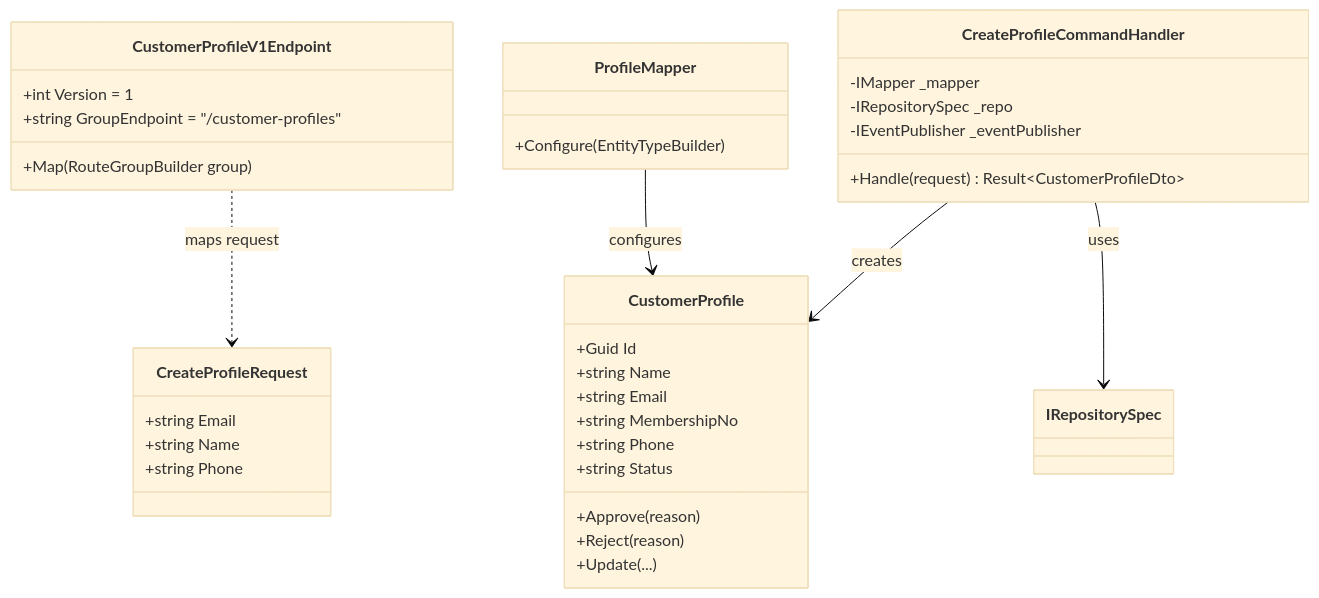
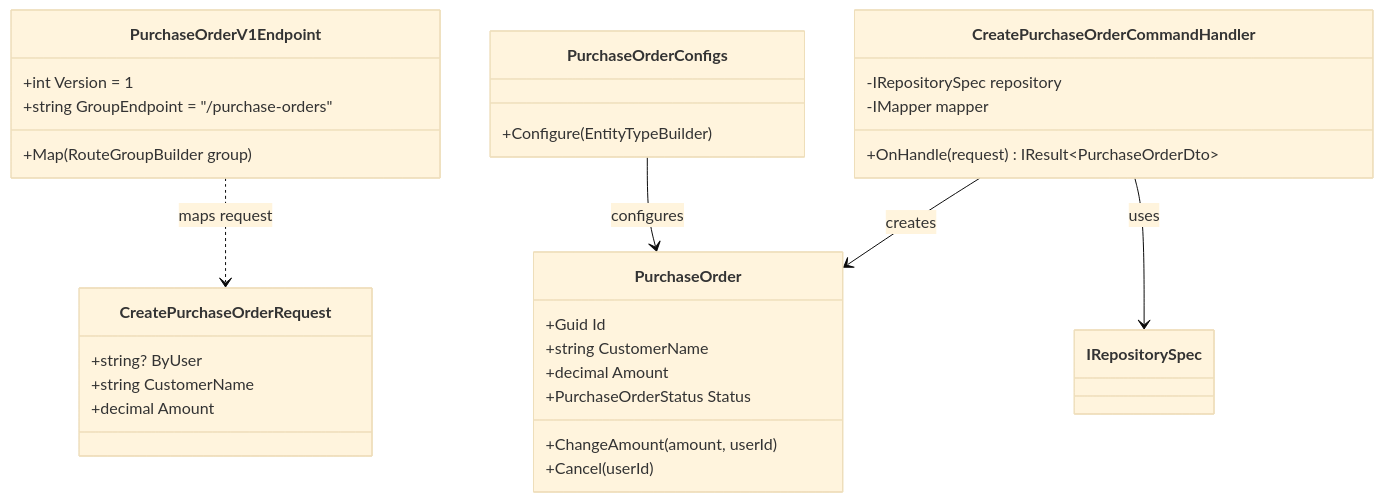
The second of 4 diagrams in .claude/skills/dknet-feature-documentation/SKILL.md (baoduy/DKNet.Templates), drawn with Mermaid (base theme) before and after one commit. The commit also changed other lines of this file and 66 other files, not shown here.

First line of the commit message:
docs(D711-3): rewrite docs and AI guidance through PurchaseOrder/Product samples

````diff
--- a/.claude/skills/dknet-feature-documentation/SKILL.md
+++ b/.claude/skills/dknet-feature-documentation/SKILL.md
@@ -246,42 +255,38 @@
 ```mermaid
 classDiagram
-    class CustomerProfileV1Endpoint {
+    class PurchaseOrderV1Endpoint {
         +int Version = 1
-        +string GroupEndpoint = "/customer-profiles"
+        +string GroupEndpoint = "/purchase-orders"
         +Map(RouteGroupBuilder group)
     }
 
-    class CreateProfileRequest {
-        +string Email
-        +string Name
-        +string Phone
+    class CreatePurchaseOrderRequest {
+        +string? ByUser
+        +string CustomerName
+        +decimal Amount
     }
 
-    class CreateProfileCommandHandler {
-        -IMapper _mapper
-        -IRepositorySpec _repo
-        -IEventPublisher _eventPublisher
-        +Handle(request) Result~CustomerProfileDto~
+    class CreatePurchaseOrderCommandHandler {
+        -IRepositorySpec repository
+        -IMapper mapper
+        +OnHandle(request) IResult~PurchaseOrderDto~
     }
 
-    class CustomerProfile {
+    class PurchaseOrder {
         +Guid Id
-        +string Name
-        +string Email
-        +string MembershipNo
-        +string Phone
-        +string Status
-        +Approve(reason)
-        +Reject(reason)
-        +Update(...)
+        +string CustomerName
+        +decimal Amount
+        +PurchaseOrderStatus Status
+        +ChangeAmount(amount, userId)
+        +Cancel(userId)
     }
 
-    class ProfileMapper {
+    class PurchaseOrderConfigs {
         +Configure(EntityTypeBuilder)
     }
 
-    CustomerProfileV1Endpoint ..> CreateProfileRequest : maps request
-    CreateProfileCommandHandler --> CustomerProfile : creates
-    CreateProfileCommandHandler --> IRepositorySpec : uses
-    ProfileMapper --> CustomerProfile : configures
+    PurchaseOrderV1Endpoint ..> CreatePurchaseOrderRequest : maps request
+    CreatePurchaseOrderCommandHandler --> PurchaseOrder : creates
+    CreatePurchaseOrderCommandHandler --> IRepositorySpec : uses
+    PurchaseOrderConfigs --> PurchaseOrder : configures
 ```
````
